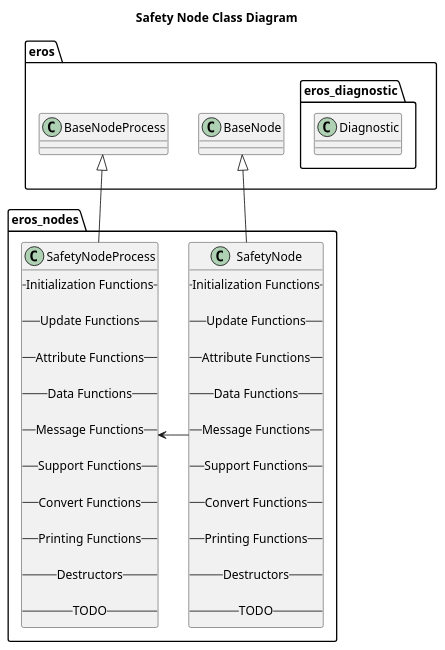
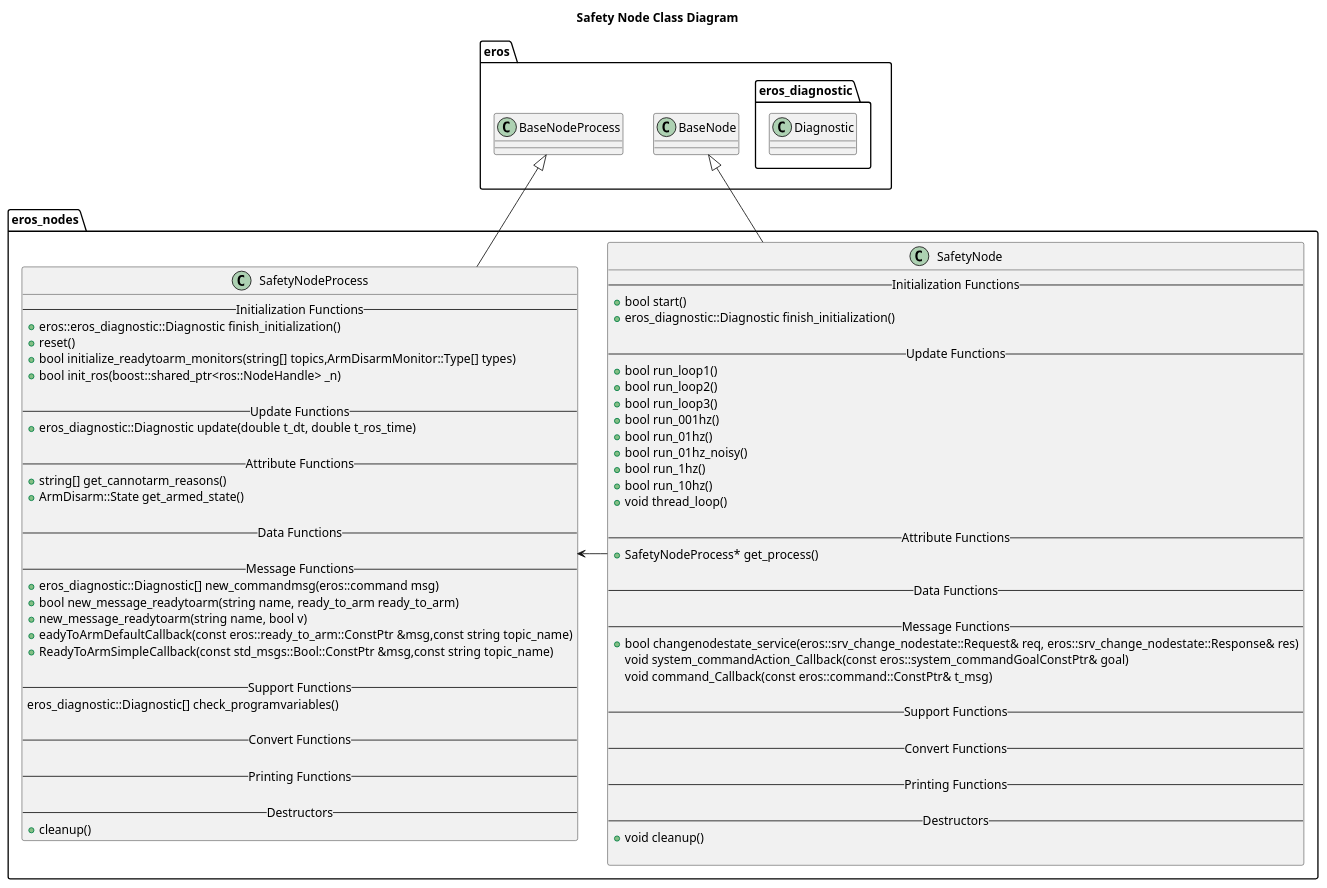
One commit to dgitz/eros changed the diagram in nodes/SafetyNode/doc/SafetyNodeClassDiagram.puml. Above: the diagram before and after it, drawn with PlantUML. The commit also changed 4 other files, not shown here.

```diff
--- a/nodes/SafetyNode/doc/SafetyNodeClassDiagram.puml
+++ b/nodes/SafetyNode/doc/SafetyNodeClassDiagram.puml
@@ -1,59 +1,86 @@
 @startuml
 title Safety Node Class Diagram
 package eros {
     class BaseNode
     class BaseNodeProcess
     namespace eros_diagnostic {
         class Diagnostic
     }
 }
 namespace eros_nodes {
     class SafetyNode {
         -- Initialization Functions --
-
+        +bool start()
+        +eros_diagnostic::Diagnostic finish_initialization()
+        
         -- Update Functions --
+        +bool run_loop1()
+        +bool run_loop2()
+        +bool run_loop3()
+        +bool run_001hz()
+        +bool run_01hz()
+        +bool run_01hz_noisy()
+        +bool run_1hz()
+        +bool run_10hz()
+        +void thread_loop()
 
         -- Attribute Functions --
+        +SafetyNodeProcess* get_process()
 
         -- Data Functions --
 
         -- Message Functions --
+        +bool changenodestate_service(eros::srv_change_nodestate::Request& req, eros::srv_change_nodestate::Response& res)
+        void system_commandAction_Callback(const eros::system_commandGoalConstPtr& goal)
+        void command_Callback(const eros::command::ConstPtr& t_msg)
 
         -- Support Functions --
 
         -- Convert Functions --
         
         -- Printing Functions --
 
         -- Destructors --
-
-        -- TODO --
+        +void cleanup()
+    
     }
     class SafetyNodeProcess {
         -- Initialization Functions --
+        +eros::eros_diagnostic::Diagnostic finish_initialization()
+        +reset()
+        +bool initialize_readytoarm_monitors(string[] topics,ArmDisarmMonitor::Type[] types)
+        +bool init_ros(boost::shared_ptr<ros::NodeHandle> _n)
 
         -- Update Functions --
+        +eros_diagnostic::Diagnostic update(double t_dt, double t_ros_time)
 
         -- Attribute Functions --
+        +string[] get_cannotarm_reasons()
+        +ArmDisarm::State get_armed_state()
 
         -- Data Functions --
 
         -- Message Functions --
+        +eros_diagnostic::Diagnostic[] new_commandmsg(eros::command msg)
+        +bool new_message_readytoarm(string name, ready_to_arm ready_to_arm)
+        +new_message_readytoarm(string name, bool v)
+        +eadyToArmDefaultCallback(const eros::ready_to_arm::ConstPtr &msg,const string topic_name)
+        +ReadyToArmSimpleCallback(const std_msgs::Bool::ConstPtr &msg,const string topic_name)
 
         -- Support Functions --
+        eros_diagnostic::Diagnostic[] check_programvariables()
 
         -- Convert Functions --
         
         -- Printing Functions --
 
         -- Destructors --
-
-        -- TODO --
+        +cleanup()
     }
 
     BaseNode <|-- SafetyNode
     BaseNodeProcess <|-- SafetyNodeProcess
     SafetyNode -> SafetyNodeProcess 
 }
 
 @enduml
```
